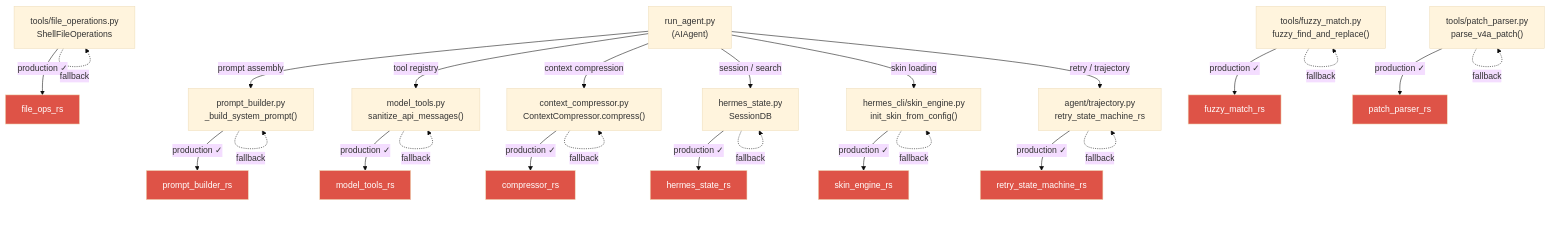
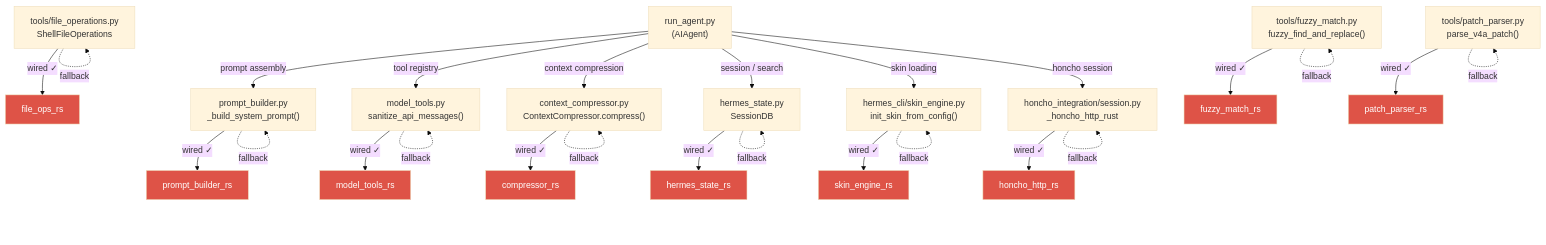
One commit to agent-bob-the-builder/hermes-agent-ferris-fork changed the diagram in README.md. Above: the diagram before and after it, drawn with Mermaid (base theme). The commit also changed other lines of this file, not shown here.

````diff
--- a/README.md
+++ b/README.md
@@ -63,67 +64,67 @@
 ```mermaid
 graph TD
     RA["run_agent.py<br/>(AIAgent)"]
     PCP["prompt_builder.py<br/>_build_system_prompt()"]
     CCP["context_compressor.py<br/>ContextCompressor.compress()"]
     MTP["model_tools.py<br/>sanitize_api_messages()"]
     SST["hermes_state.py<br/>SessionDB"]
     SHE["hermes_cli/skin_engine.py<br/>init_skin_from_config()"]
     FOP["tools/file_operations.py<br/>ShellFileOperations"]
     FUZ["tools/fuzzy_match.py<br/>fuzzy_find_and_replace()"]
     PAT["tools/patch_parser.py<br/>parse_v4a_patch()"]
-    RET["agent/trajectory.py<br/>retry_state_machine_rs"]
+    HON["honcho_integration/session.py<br/>_honcho_http_rust"]
 
     PB_RS["prompt_builder_rs"]
     CO_RS["compressor_rs"]
     MT_RS["model_tools_rs"]
     HS_RS["hermes_state_rs"]
     SK_RS["skin_engine_rs"]
     FO_RS["file_ops_rs"]
     FM_RS["fuzzy_match_rs"]
     PP_RS["patch_parser_rs"]
-    RT_RS["retry_state_machine_rs"]
+    HH_RS["honcho_http_rs"]
 
     RA -->|"prompt assembly"| PCP
     RA -->|"tool registry"| MTP
     RA -->|"context compression"| CCP
     RA -->|"session / search"| SST
     RA -->|"skin loading"| SHE
-    RA -->|"retry / trajectory"| RET
+    RA -->|"honcho session"| HON
 
-    PCP -->|"production ✓"| PB_RS
+    PCP -->|"wired ✓"| PB_RS
     PCP -.->|"fallback"| PCP
 
-    CCP -->|"production ✓"| CO_RS
+    CCP -->|"wired ✓"| CO_RS
     CCP -.->|"fallback"| CCP
 
-    MTP -->|"production ✓"| MT_RS
+    MTP -->|"wired ✓"| MT_RS
     MTP -.->|"fallback"| MTP
 
-    SST -->|"production ✓"| HS_RS
+    SST -->|"wired ✓"| HS_RS
     SST -.->|"fallback"| SST
 
-    SHE -->|"production ✓"| SK_RS
+    SHE -->|"wired ✓"| SK_RS
     SHE -.->|"fallback"| SHE
 
-    FOP -->|"production ✓"| FO_RS
+    FOP -->|"wired ✓"| FO_RS
     FOP -.->|"fallback"| FOP
 
-    FUZ -->|"production ✓"| FM_RS
+    FUZ -->|"wired ✓"| FM_RS
     FUZ -.->|"fallback"| FUZ
 
-    PAT -->|"production ✓"| PP_RS
+    PAT -->|"wired ✓"| PP_RS
     PAT -.->|"fallback"| PAT
 
-    RET -->|"production ✓"| RT_RS
-    RET -.->|"fallback"| RET
+    HON -->|"wired ✓"| HH_RS
+    HON -.->|"fallback"| HON
 
     style PB_RS fill:#de5347,color:#fff
     style CO_RS fill:#de5347,color:#fff
     style MT_RS fill:#de5347,color:#fff
     style HS_RS fill:#de5347,color:#fff
     style SK_RS fill:#de5347,color:#fff
     style FO_RS fill:#de5347,color:#fff
     style FM_RS fill:#de5347,color:#fff
     style PP_RS fill:#de5347,color:#fff
-    style RT_RS fill:#de5347,color:#fff
+    style HH_RS fill:#de5347,color:#fff
 ```
````
